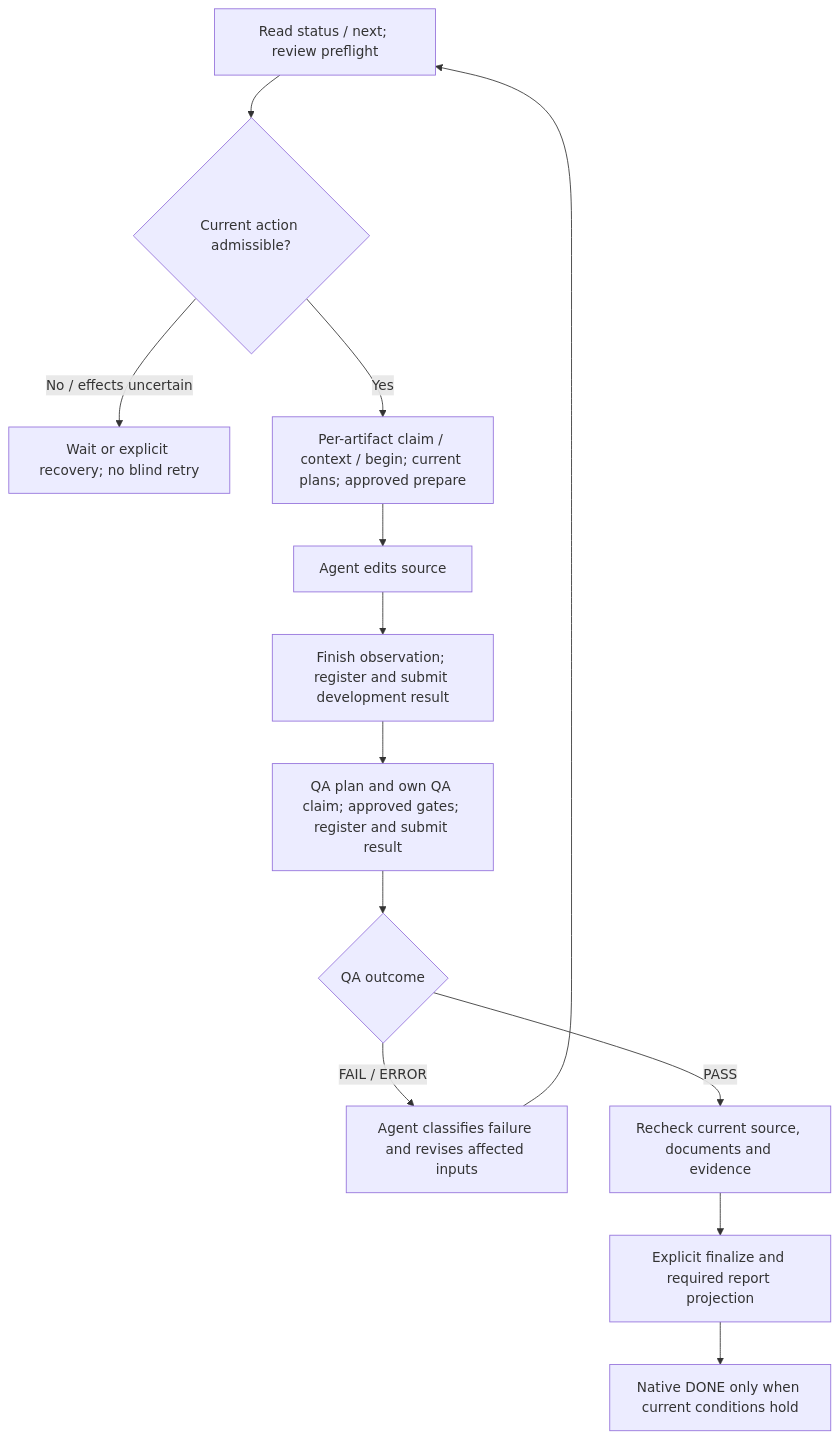
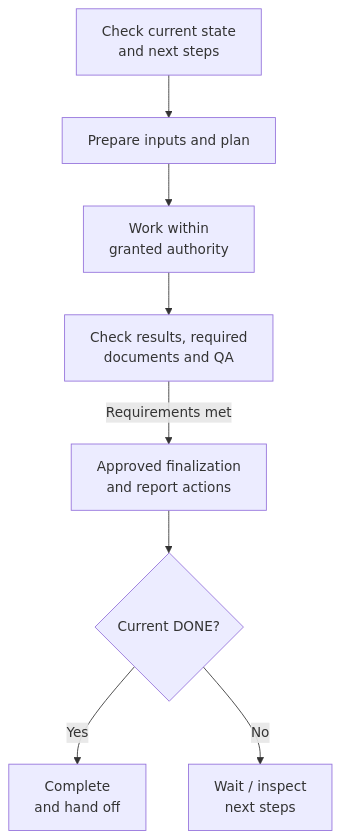
The second of 2 diagrams in README.md (seadonggyun4/Golem), drawn with Mermaid before and after one commit. The commit also changed other lines of this file and 213 other files, not shown here.

````diff
--- a/README.md
+++ b/README.md
@@ -88,15 +58,10 @@
 ```mermaid
 flowchart TD
-    S["Read status / next; review preflight"] --> G{"Current action admissible?"}
-    G -->|"No / effects uncertain"| B["Wait or explicit recovery; no blind retry"]
-    G -->|"Yes"| P["Per-artifact claim / context / begin; current plans; approved prepare"]
-    P --> A["Agent edits source"]
-    A --> D["Finish observation; register and submit development result"]
-    D --> Q["QA plan and own QA claim; approved gates; register and submit result"]
-    Q --> R{"QA outcome"}
-    R -->|"FAIL / ERROR"| F["Agent classifies failure and revises affected inputs"]
-    F --> S
-    R -->|"PASS"| V["Recheck current source, documents and evidence"]
-    V --> C["Explicit finalize and required report projection"]
-    C --> N["Native DONE only when current conditions hold"]
+    S["Check current state<br/>and next steps"] --> P["Prepare inputs and plan"]
+    P --> A["Work within<br/>granted authority"]
+    A --> Q["Check results, required<br/>documents and QA"]
+    Q -->|"Requirements met"| F["Approved finalization<br/>and report actions"]
+    F --> C{"Current DONE?"}
+    C -->|"Yes"| D["Complete<br/>and hand off"]
+    C -->|"No"| B["Wait / inspect<br/>next steps"]
 ```
````
